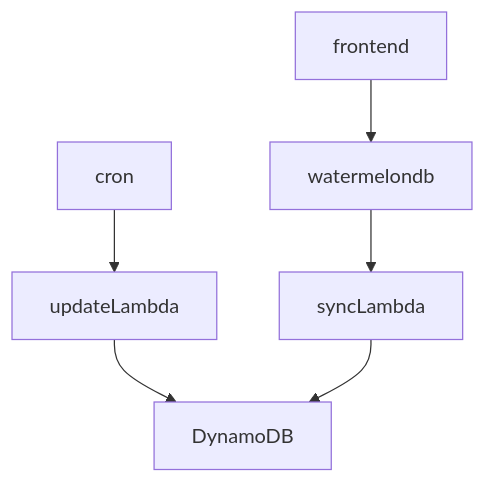
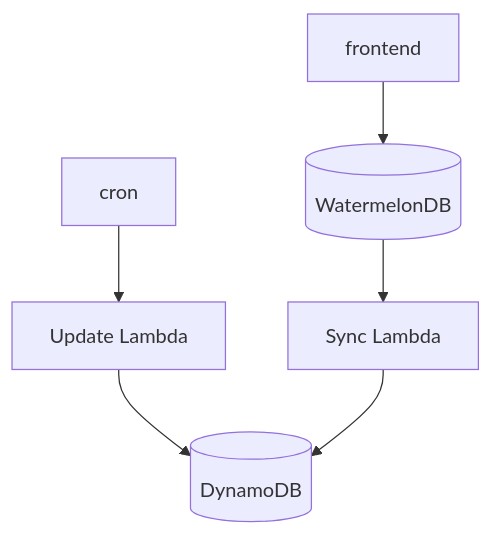
The diagram in README.md (skopjehacklab/cloudy-rss), drawn with Mermaid before and after one commit. The commit also changed other lines of this file, not shown here.

````diff
--- a/README.md
+++ b/README.md
@@ -21,5 +21,10 @@
 ```mermaid
 graph TD
+  DynamoDB[(DynamoDB)]
+  updateLambda[Update Lambda]
+  syncLambda[Sync Lambda]
+  watermelondb[(WatermelonDB)]
+
   cron --> updateLambda --> DynamoDB
   frontend --> watermelondb --> syncLambda --> DynamoDB
 ```
````
